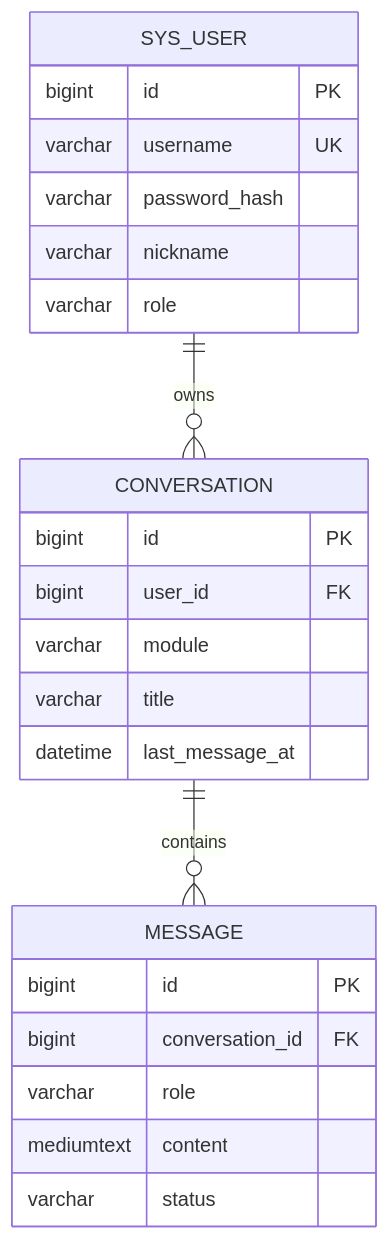
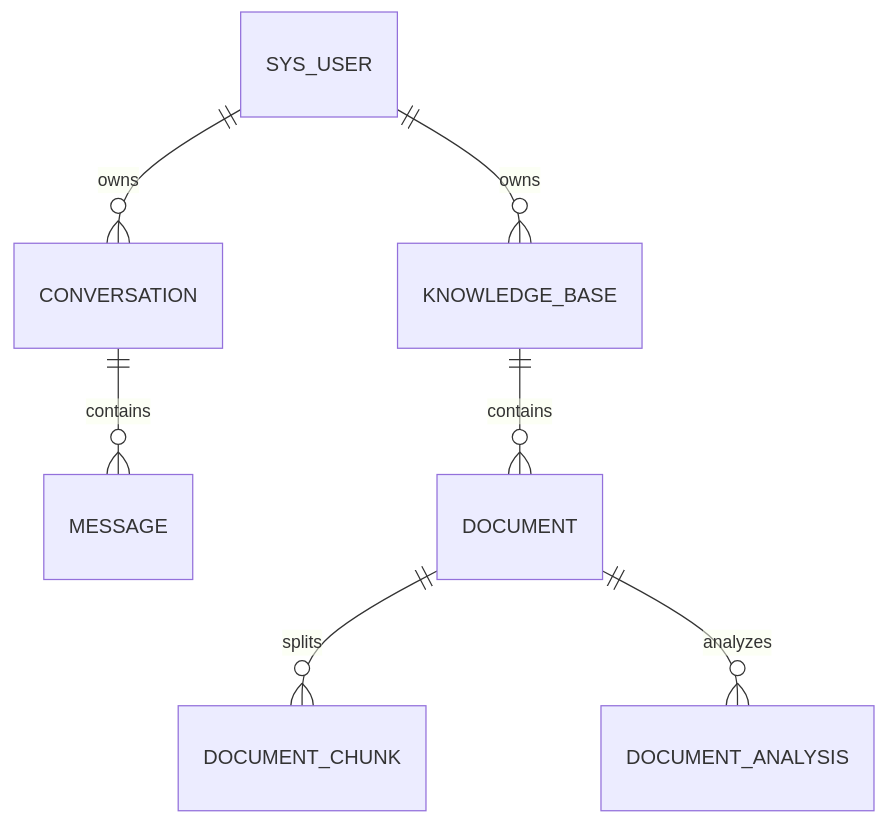
Before and after one commit to tutuchacha/AI_app: the diagram in docs/modules/database.md, drawn with Mermaid. The commit also changed other lines of this file and 28 other files, not shown here.

````diff
--- a/docs/modules/database.md
+++ b/docs/modules/database.md
@@ -18,26 +19,9 @@
 ```mermaid
 erDiagram
     SYS_USER ||--o{ CONVERSATION : owns
     CONVERSATION ||--o{ MESSAGE : contains
-    SYS_USER {
-        bigint id PK
-        varchar username UK
-        varchar password_hash
-        varchar nickname
-        varchar role
-    }
-    CONVERSATION {
-        bigint id PK
-        bigint user_id FK
-        varchar module
-        varchar title
-        datetime last_message_at
-    }
-    MESSAGE {
-        bigint id PK
-        bigint conversation_id FK
-        varchar role
-        mediumtext content
-        varchar status
-    }
+    SYS_USER ||--o{ KNOWLEDGE_BASE : owns
+    KNOWLEDGE_BASE ||--o{ DOCUMENT : contains
+    DOCUMENT ||--o{ DOCUMENT_CHUNK : splits
+    DOCUMENT ||--o{ DOCUMENT_ANALYSIS : analyzes
 ```
````
